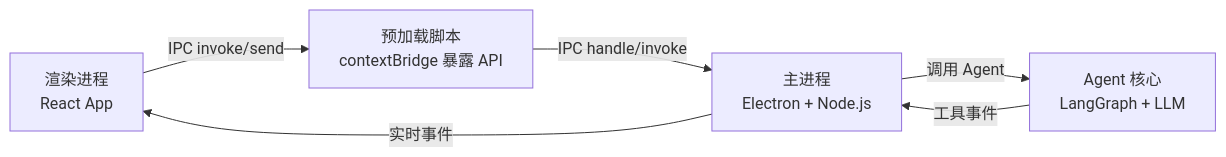
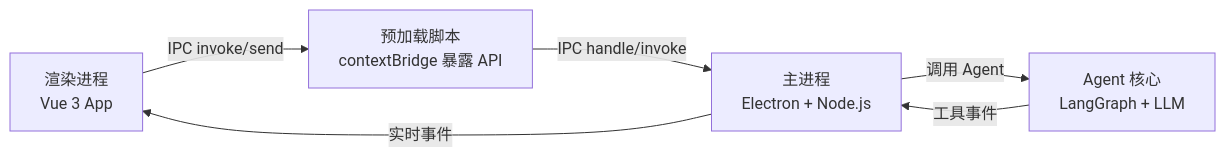
Before and after one commit to hallllla/QAQ-Agent: the second of 6 diagrams in .qoder/repowiki/zh/content/开发环境设置.md, drawn with Mermaid. The commit also changed other lines of this file and 23 other files, not shown here.

````diff
--- a/.qoder/repowiki/zh/content/开发环境设置.md
+++ b/.qoder/repowiki/zh/content/开发环境设置.md
@@ -100,8 +112,8 @@
 ```mermaid
 graph LR
-R["渲染进程<br/>React App"] -- "IPC invoke/send" --> P["预加载脚本<br/>contextBridge 暴露 API"]
+R["渲染进程<br/>Vue 3 App"] -- "IPC invoke/send" --> P["预加载脚本<br/>contextBridge 暴露 API"]
 P -- "IPC handle/invoke" --> M["主进程<br/>Electron + Node.js"]
 M -- "调用 Agent" --> A["Agent 核心<br/>LangGraph + LLM"]
 A -- "工具事件" --> M
 M -- "实时事件" --> R
 ```
````
